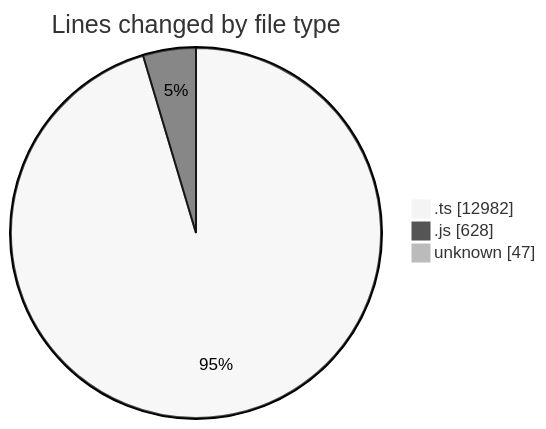
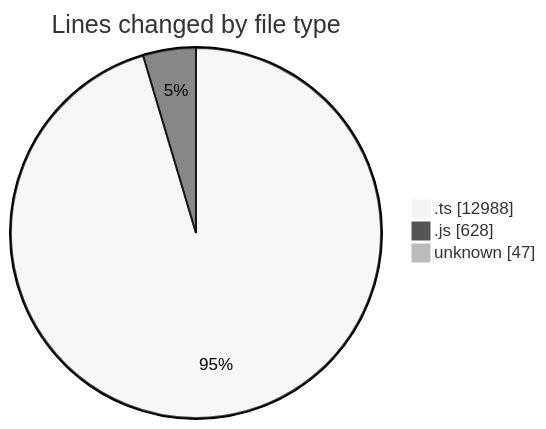
One commit to momahboobian/code-tracking changed the first of 2 diagrams in 2025-09-05/cda/README.md. Above: the diagram before and after it, drawn with Mermaid (neutral theme). The commit also changed other lines of this file and 1 other file, not shown here.

````diff
--- a/2025-09-05/cda/README.md
+++ b/2025-09-05/cda/README.md
@@ -27,7 +27,7 @@
 ```mermaid
 pie showData
 title Lines changed by file type
-".ts" : 12982
+".ts" : 12988
 ".js" : 628
 "unknown" : 47
 ```
````
